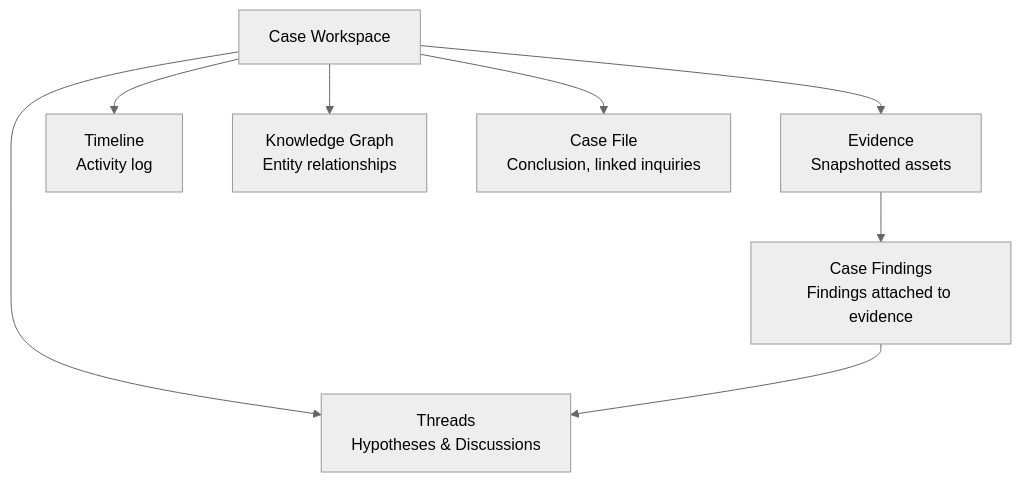
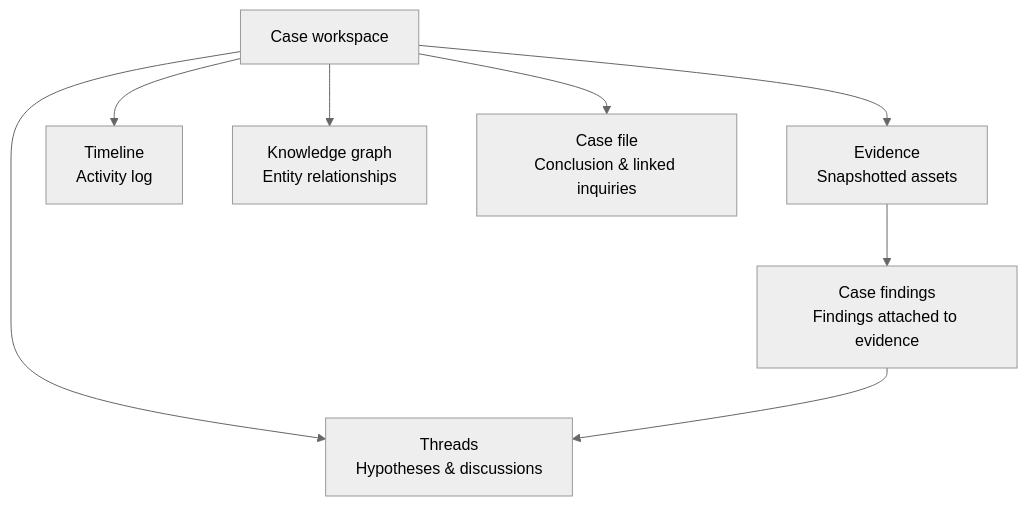
Before and after one commit to classifyre/classifyre: the first of 2 diagrams in apps/docs/app/flow/investigations/cases/page.mdx, drawn with Mermaid (neutral theme). The commit also changed other lines of this file and 31 other files, not shown here.

````diff
--- a/apps/docs/app/flow/investigations/cases/page.mdx
+++ b/apps/docs/app/flow/investigations/cases/page.mdx
@@ -12,18 +14,18 @@
 ```mermaid
 graph TD
-    Case["Case Workspace"]
+    Case["Case workspace"]
     Evidence["Evidence<br/>Snapshotted assets"]
-    CaseFinding["Case Findings<br/>Findings attached to evidence"]
-    Threads["Threads<br/>Hypotheses & Discussions"]
+    CaseFinding["Case findings<br/>Findings attached to evidence"]
+    Threads["Threads<br/>Hypotheses & discussions"]
     Timeline["Timeline<br/>Activity log"]
-    Graph["Knowledge Graph<br/>Entity relationships"]
-    Overview["Case File<br/>Conclusion, linked inquiries"]
+    Graph["Knowledge graph<br/>Entity relationships"]
+    Overview["Case file<br/>Conclusion & linked inquiries"]
 
     Case --> Evidence
     Case --> Threads
     Case --> Timeline
     Case --> Graph
     Case --> Overview
     Evidence --> CaseFinding
     CaseFinding --> Threads
 ```
````
